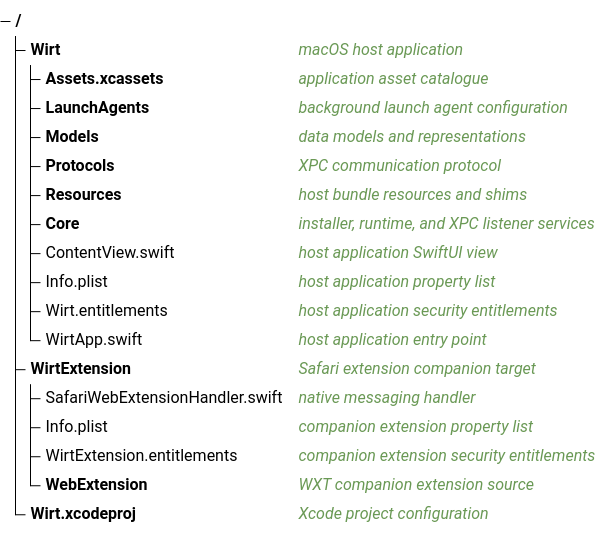
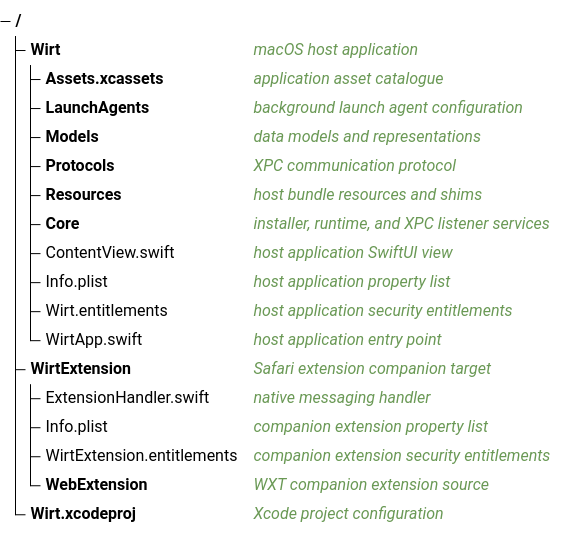
One commit to easonwong-de/Wirt changed the diagram in CONTRIBUTING.md. Above: the diagram before and after it, drawn with Mermaid. The commit also changed 6 other files, not shown here.

Commit message:
refactor: update storage path to Wirt and rename ExtensionHandler

````diff
--- a/CONTRIBUTING.md
+++ b/CONTRIBUTING.md
@@ -17,20 +17,20 @@
 ```mermaid
 treeView-beta
 ├── Wirt/ ## macOS host application
 │   ├── Assets.xcassets/ ## application asset catalogue
 │   ├── LaunchAgents/ ## background launch agent configuration
 │   ├── Models/ ## data models and representations
 │   ├── Protocols/ ## XPC communication protocol
 │   ├── Resources/ ## host bundle resources and shims
 │   ├── Core/ ## installer, runtime, and XPC listener services
 │   ├── ContentView.swift ## host application SwiftUI view
 │   ├── Info.plist ## host application property list
 │   ├── Wirt.entitlements ## host application security entitlements
 │   └── WirtApp.swift ## host application entry point
 ├── WirtExtension/ ## Safari extension companion target
-│   ├── SafariWebExtensionHandler.swift ## native messaging handler
+│   ├── ExtensionHandler.swift ## native messaging handler
 │   ├── Info.plist ## companion extension property list
 │   ├── WirtExtension.entitlements ## companion extension security entitlements
 │   └── WebExtension/ ## WXT companion extension source
 └── Wirt.xcodeproj/ ## Xcode project configuration
 ```
````
